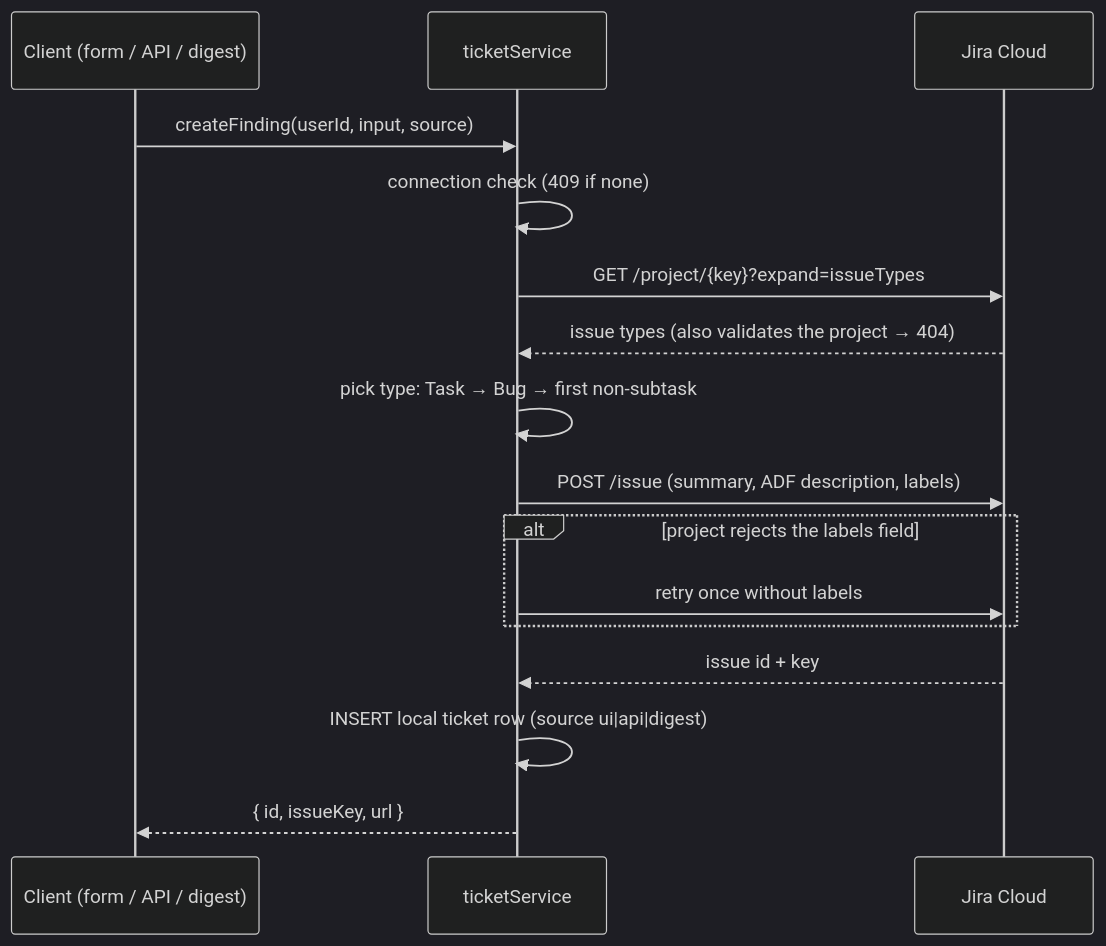
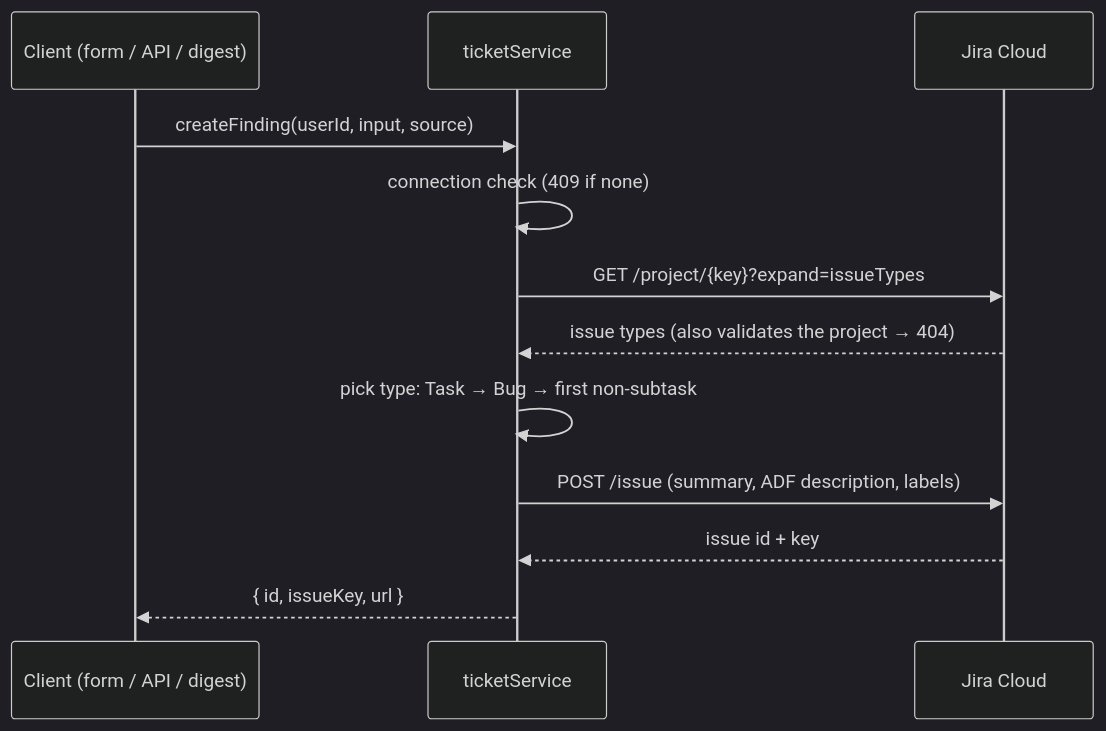
Before and after one commit to lerman01/IdentityHub: the third of 4 diagrams in docs/ARCHITECTURE.md, drawn with Mermaid (dark theme). The commit also changed other lines of this file and 26 other files, not shown here.

````diff
--- a/docs/ARCHITECTURE.md
+++ b/docs/ARCHITECTURE.md
@@ -90,19 +90,15 @@
 ```mermaid
 sequenceDiagram
     participant C as Client (form / API / digest)
     participant T as ticketService
     participant J as Jira Cloud
 
     C->>T: createFinding(userId, input, source)
     T->>T: connection check (409 if none)
     T->>J: GET /project/{key}?expand=issueTypes
     J-->>T: issue types (also validates the project → 404)
     T->>T: pick type: Task → Bug → first non-subtask
     T->>J: POST /issue (summary, ADF description, labels)
-    alt project rejects the labels field
-        T->>J: retry once without labels
-    end
     J-->>T: issue id + key
-    T->>T: INSERT local ticket row (source ui|api|digest)
     T-->>C: { id, issueKey, url }
 ```
````
